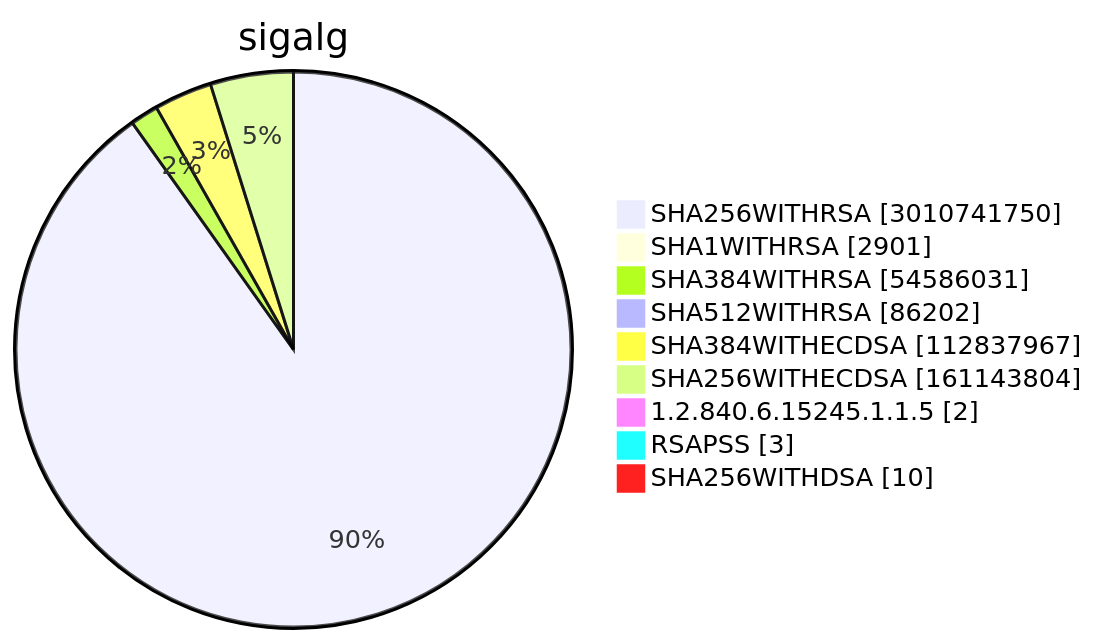
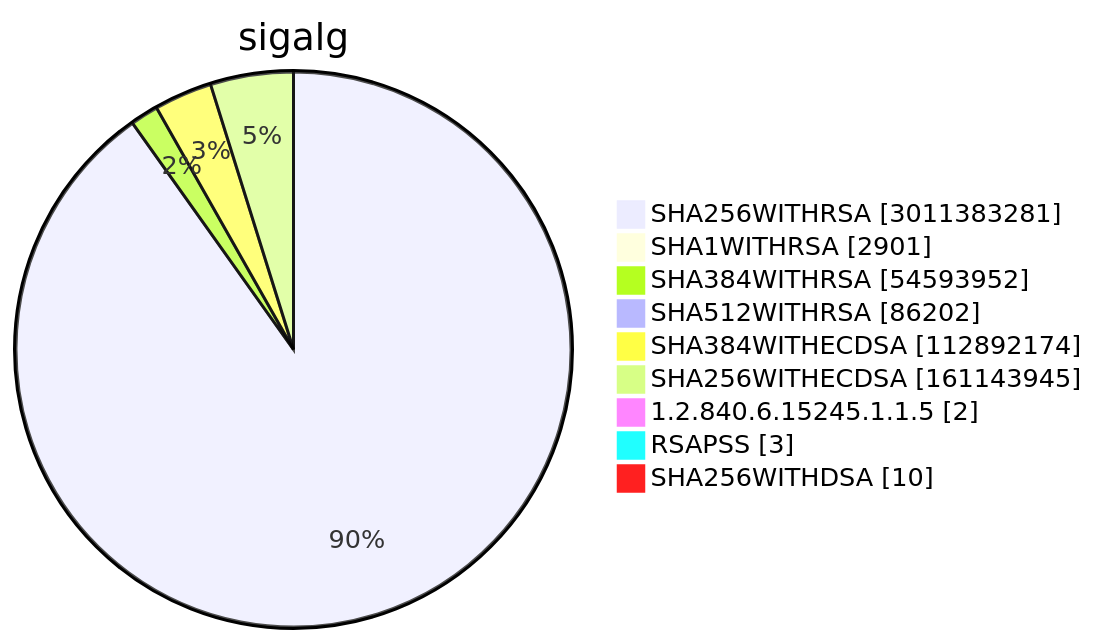
One commit to christiankrug/ctmonitor_visualization changed diagram 15 of 15 in TOTAL/README.md. Above: the diagram before and after it, drawn with Mermaid. The commit also changed other lines of this file, not shown here.

````diff
--- a/TOTAL/README.md
+++ b/TOTAL/README.md
@@ -6208,13 +6208,13 @@
 ```mermaid
 pie showData
 title sigalg
-"SHA256WITHRSA" :3010741750
+"SHA256WITHRSA" :3011383281
 "SHA1WITHRSA" :2901
-"SHA384WITHRSA" :54586031
+"SHA384WITHRSA" :54593952
 "SHA512WITHRSA" :86202
-"SHA384WITHECDSA" :112837967
-"SHA256WITHECDSA" :161143804
+"SHA384WITHECDSA" :112892174
+"SHA256WITHECDSA" :161143945
 "1.2.840.6.15245.1.1.5" :2
 "RSAPSS" :3
 "SHA256WITHDSA" :10
 ```
````
